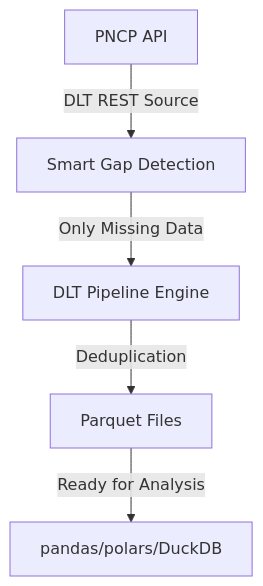
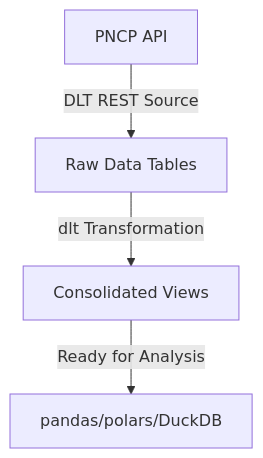
Before and after one commit to franklinbaldo/baliza: the diagram in README.md, drawn with Mermaid. The commit also changed other lines of this file and 10 other files, not shown here.

````diff
--- a/README.md
+++ b/README.md
@@ -130,7 +68,6 @@
 ```mermaid
 flowchart TD
-    A[PNCP API] -->|DLT REST Source| B[Smart Gap Detection]
-    B -->|Only Missing Data| C[DLT Pipeline Engine]
-    C -->|Deduplication| D[Parquet Files]
-    D -->|Ready for Analysis| E[pandas/polars/DuckDB]
+    A[PNCP API] -->|DLT REST Source| B[Raw Data Tables]
+    B -->|dlt Transformation| C[Consolidated Views]
+    C -->|Ready for Analysis| E[pandas/polars/DuckDB]
 ```
````
